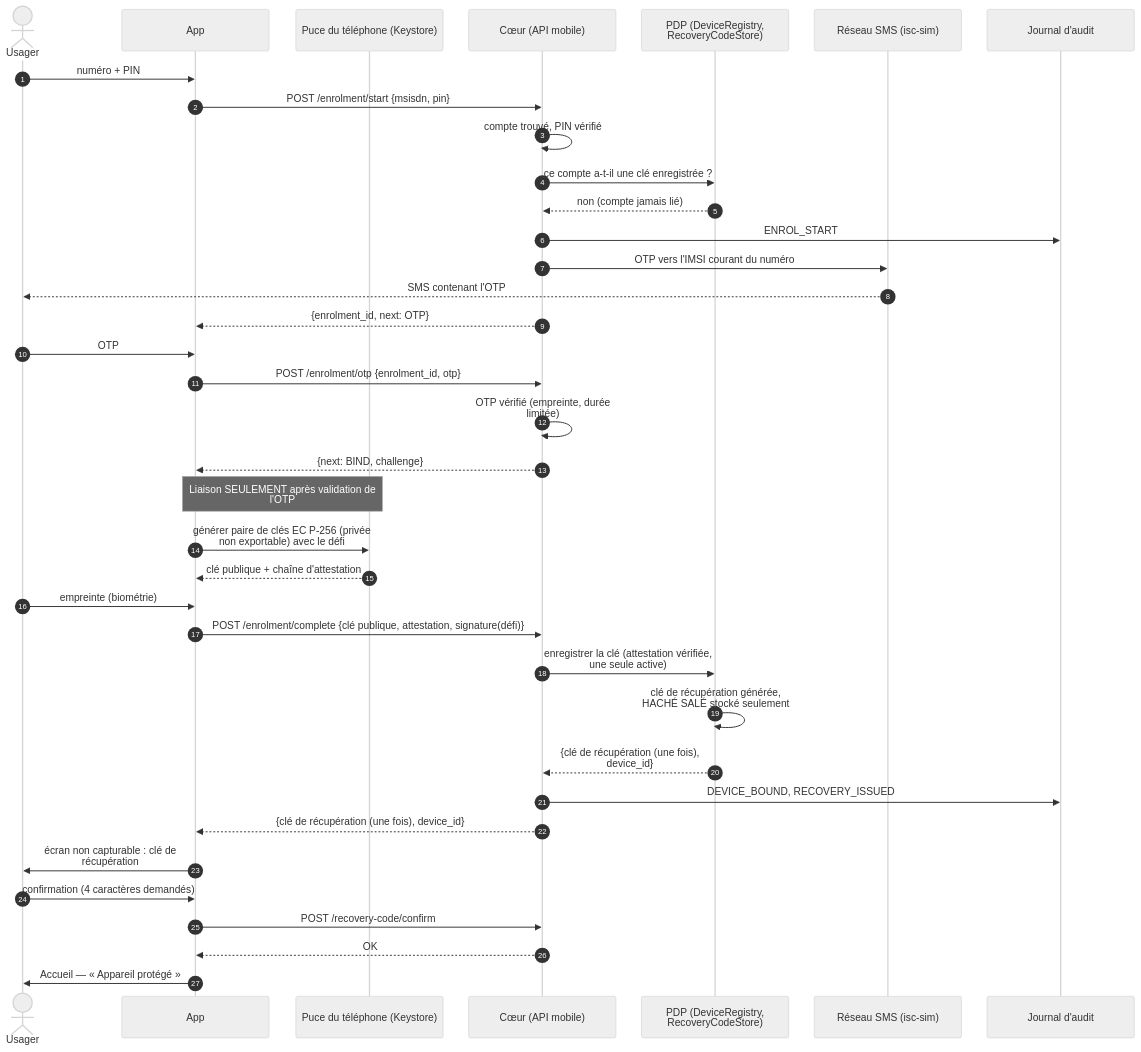
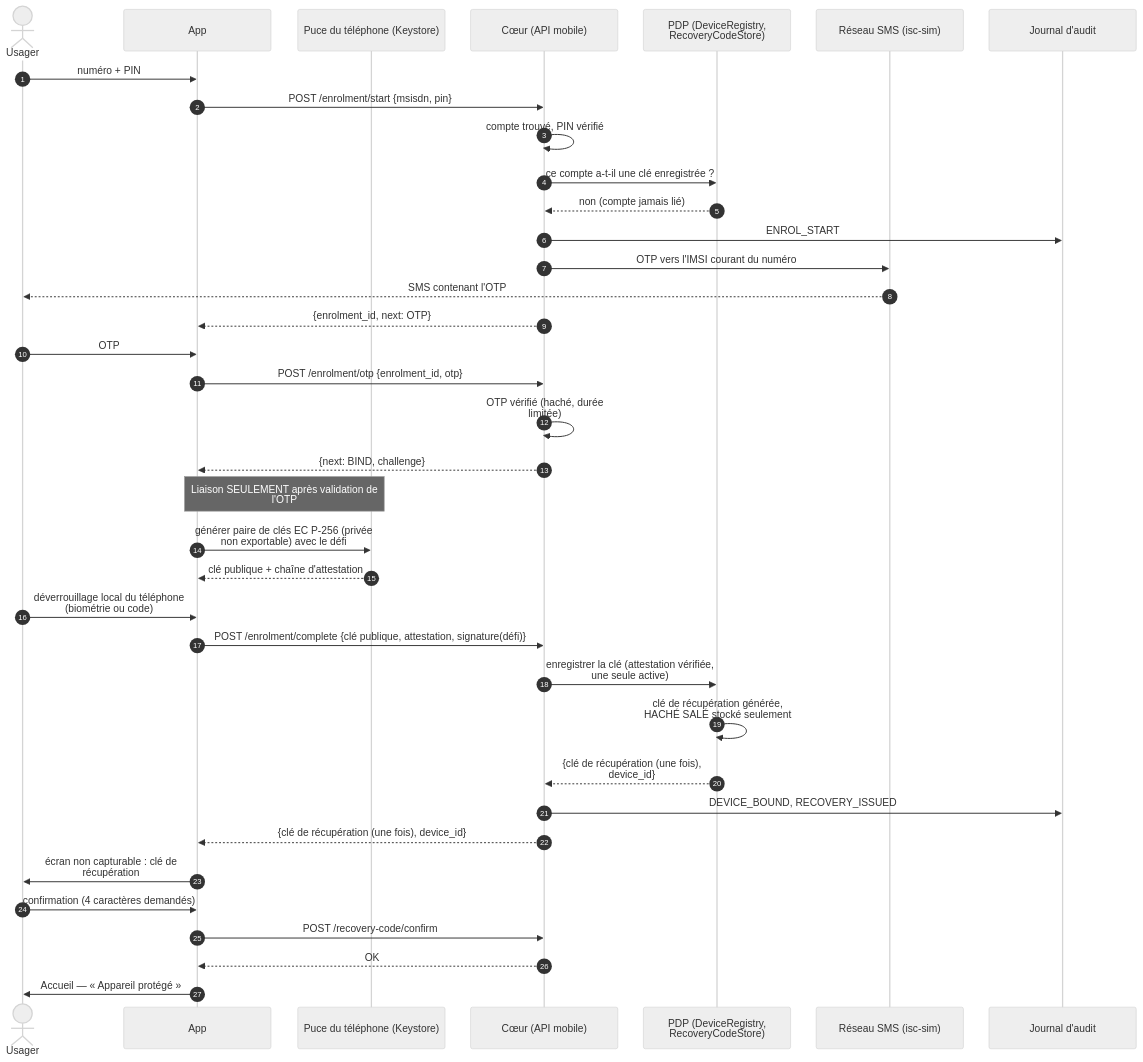
The diagram in docs/02-specifications/mobile/diagrams/D1_premier_enrolement.mmd (kateyvana/Identishield-CM), drawn with Mermaid before and after one commit. The commit also changed 12 other files, not shown here.

First line of the commit message:
docs(mobile): MOB-VOCAB — « empreinte » remplacé ; la biométrie n'est pas un facteur

```diff
--- a/docs/02-specifications/mobile/diagrams/D1_premier_enrolement.mmd
+++ b/docs/02-specifications/mobile/diagrams/D1_premier_enrolement.mmd
@@ -1,38 +1,38 @@
 %%{init: {'theme':'neutral','sequence':{'wrap':true,'width':230,'messageFontSize':17,'actorFontSize':17,'noteFontSize':16,'actorMargin':40,'messageMargin':30}}}%%
 sequenceDiagram
     autonumber
     actor U as Usager
     participant A as App
     participant K as Puce du téléphone (Keystore)
     participant S as Cœur (API mobile)
     participant P as PDP (DeviceRegistry, RecoveryCodeStore)
     participant N as Réseau SMS (isc-sim)
     participant J as Journal d'audit
     U->>A: numéro + PIN
     A->>S: POST /enrolment/start {msisdn, pin}
     S->>S: compte trouvé, PIN vérifié
     S->>P: ce compte a-t-il une clé enregistrée ?
     P-->>S: non (compte jamais lié)
     S->>J: ENROL_START
     S->>N: OTP vers l'IMSI courant du numéro
     N-->>U: SMS contenant l'OTP
     S-->>A: {enrolment_id, next: OTP}
     U->>A: OTP
     A->>S: POST /enrolment/otp {enrolment_id, otp}
-    S->>S: OTP vérifié (empreinte, durée limitée)
+    S->>S: OTP vérifié (haché, durée limitée)
     S-->>A: {next: BIND, challenge}
     Note over A,K: Liaison SEULEMENT après validation de l'OTP
     A->>K: générer paire de clés EC P-256 (privée non exportable) avec le défi
     K-->>A: clé publique + chaîne d'attestation
-    U->>A: empreinte (biométrie)
+    U->>A: déverrouillage local du téléphone (biométrie ou code)
     A->>S: POST /enrolment/complete {clé publique, attestation, signature(défi)}
     S->>P: enregistrer la clé (attestation vérifiée, une seule active)
     P->>P: clé de récupération générée, HACHÉ SALÉ stocké seulement
     P-->>S: {clé de récupération (une fois), device_id}
     S->>J: DEVICE_BOUND, RECOVERY_ISSUED
     S-->>A: {clé de récupération (une fois), device_id}
     A->>U: écran non capturable : clé de récupération
     U->>A: confirmation (4 caractères demandés)
     A->>S: POST /recovery-code/confirm
     S-->>A: OK
     A->>U: Accueil — « Appareil protégé »
```
